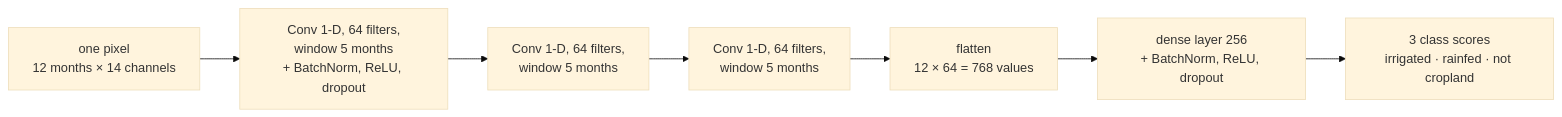
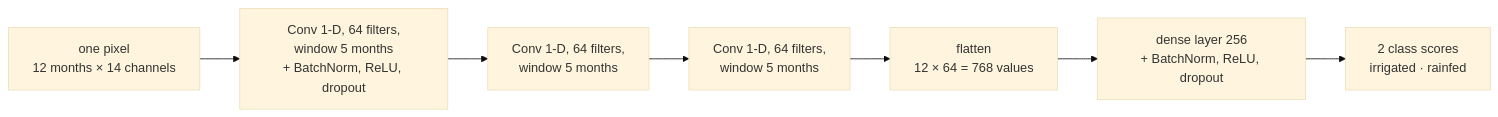
The diagram in docs/experiments/E02_temporal_nn.md (amanchry/irrimapping-geofm), drawn with Mermaid (base theme) before and after one commit. The commit also changed other lines of this file and 179 other files, not shown here.

First line of the commit message:
Redesign experiments: two classes (irrigated, rainfed), no cropland mask, Morocco first

````diff
--- a/docs/experiments/E02_temporal_nn.md
+++ b/docs/experiments/E02_temporal_nn.md
@@ -41,9 +38,9 @@
     ```mermaid
     flowchart LR
         A["one pixel<br/>12 months × 14 channels"] --> B["Conv 1-D, 64 filters,<br/>window 5 months<br/>+ BatchNorm, ReLU, dropout"]
         B --> C["Conv 1-D, 64 filters,<br/>window 5 months"]
         C --> D["Conv 1-D, 64 filters,<br/>window 5 months"]
         D --> E["flatten<br/>12 × 64 = 768 values"]
         E --> F["dense layer 256<br/>+ BatchNorm, ReLU, dropout"]
-        F --> G["3 class scores<br/>irrigated · rainfed · not cropland"]
+        F --> G["2 class scores<br/>irrigated · rainfed"]
     ```
````
